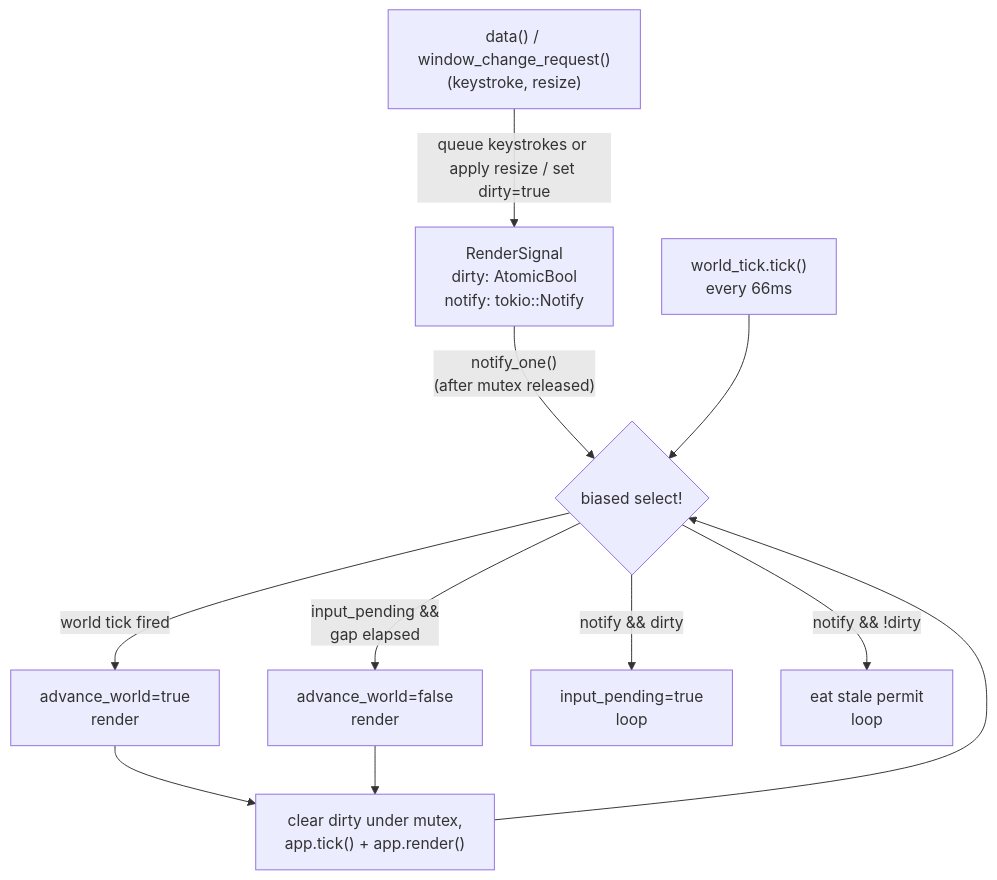
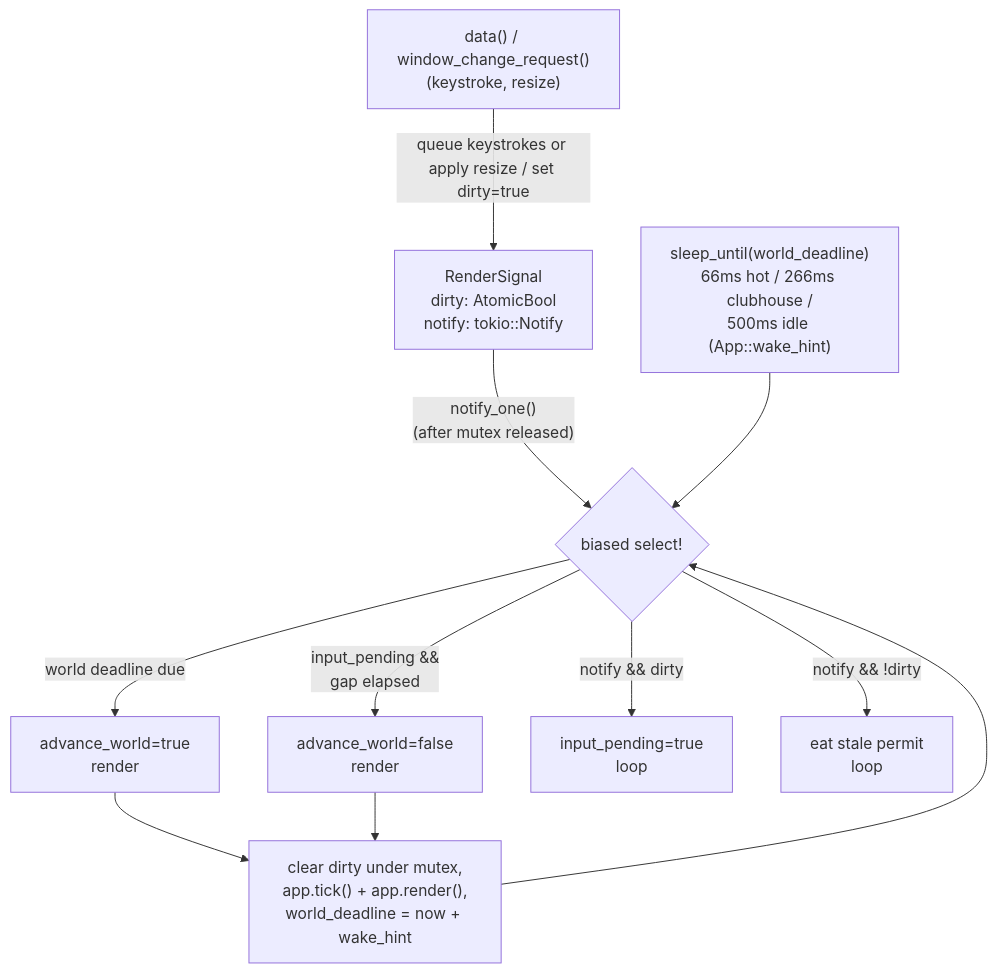
Before and after one commit to mpiorowski/late-sh: the fifth of 6 diagrams in CONTEXT.md, drawn with Mermaid. The commit also changed other lines of this file and 118 other files, not shown here.

First line of the commit message:
mateu/render dirty gate (#452)

````diff
--- a/CONTEXT.md
+++ b/CONTEXT.md
@@ -301,14 +312,14 @@
 ```mermaid
 flowchart TD
     INPUT["data() / window_change_request()<br/>(keystroke, resize)"] -->|"queue keystrokes or apply resize / set dirty=true"| SIGNAL
     SIGNAL["RenderSignal<br/>dirty: AtomicBool<br/>notify: tokio::Notify"] -->|"notify_one()<br/>(after mutex released)"| LOOP
-    WT["world_tick.tick()<br/>every 66ms"] --> LOOP
+    WT["sleep_until(world_deadline)<br/>66ms hot / 266ms clubhouse /<br/>500ms idle (App::wake_hint)"] --> LOOP
     LOOP{"biased select!"}
-    LOOP -->|"world tick fired"| ADVANCE["advance_world=true<br/>render"]
+    LOOP -->|"world deadline due"| ADVANCE["advance_world=true<br/>render"]
     LOOP -->|"input_pending &&<br/>gap elapsed"| RENDER["advance_world=false<br/>render"]
     LOOP -->|"notify && dirty"| ARM["input_pending=true<br/>loop"]
     LOOP -->|"notify && !dirty"| DROP["eat stale permit<br/>loop"]
-    ADVANCE --> CLEAR["clear dirty under mutex,<br/>app.tick() + app.render()"]
+    ADVANCE --> CLEAR["clear dirty under mutex,<br/>app.tick() + app.render(),<br/>world_deadline = now + wake_hint"]
     RENDER --> CLEAR
     CLEAR --> LOOP
 ```
````
